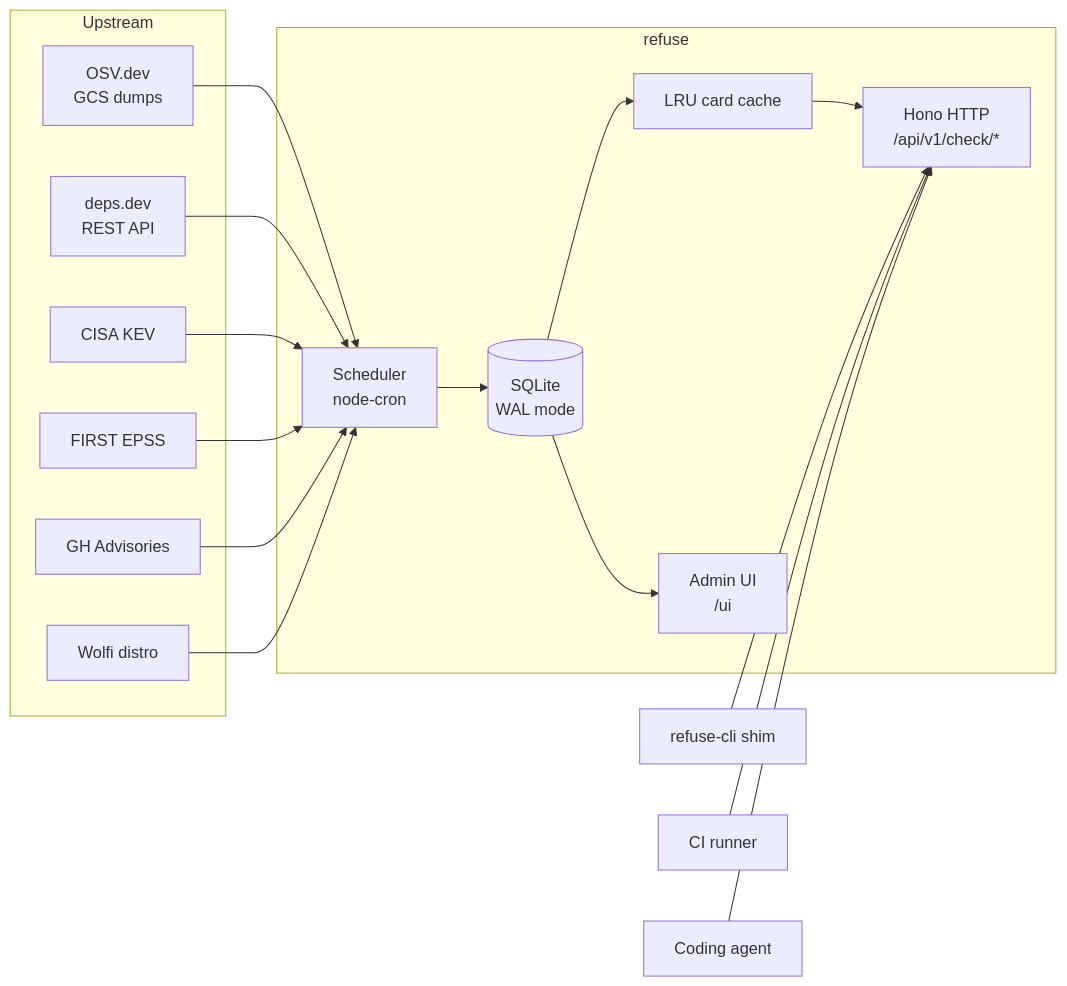
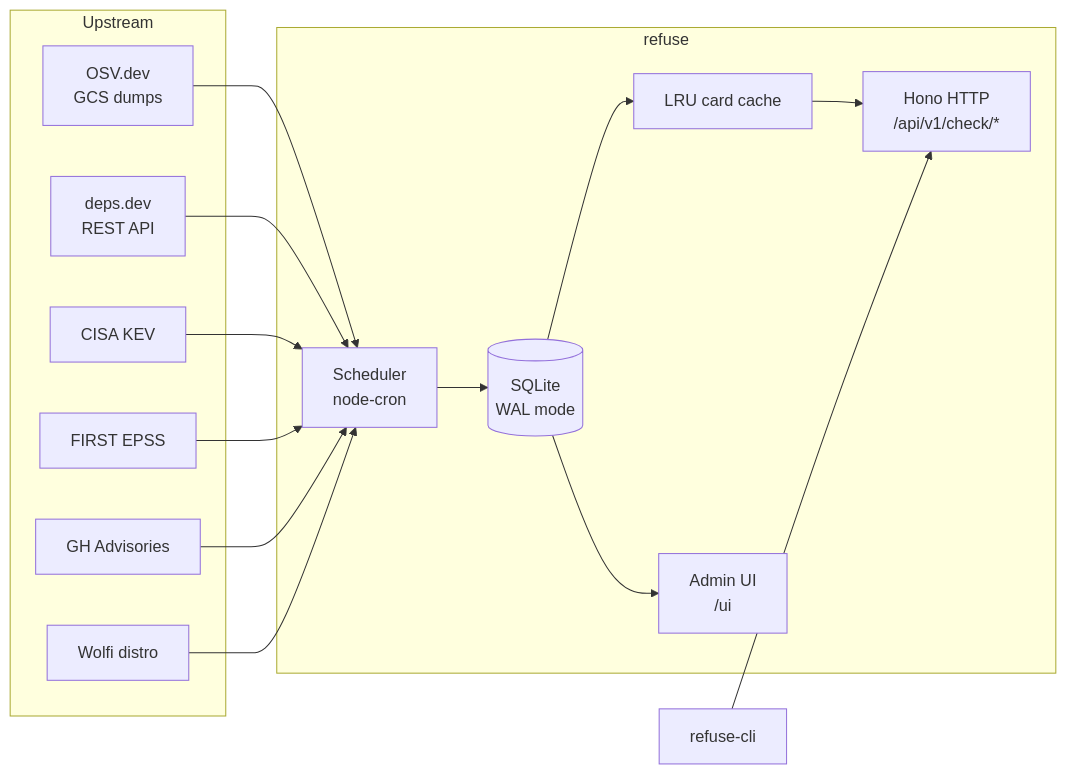
Before and after one commit to RefuseHQ/refuse: the diagram in ARCHITECTURE.md, drawn with Mermaid. The commit also changed other lines of this file and 3 other files, not shown here.

First line of the commit message:
docs: refresh ARCHITECTURE/CONTRIBUTING/ROADMAP, remove DIVERGENCE.md (#42)

````diff
--- a/ARCHITECTURE.md
+++ b/ARCHITECTURE.md
@@ -7,33 +7,31 @@
 ```mermaid
 flowchart LR
     subgraph Upstream
       OSV[OSV.dev<br/>GCS dumps]
       DD[deps.dev<br/>REST API]
       KEV[CISA KEV]
       EPSS[FIRST EPSS]
       GHSA[GH Advisories]
       WOLFI[Wolfi distro]
     end
 
     subgraph refuse
       ING[Scheduler<br/>node-cron]
       DB[(SQLite<br/>WAL mode)]
       API[Hono HTTP<br/>/api/v1/check/*]
       CACHE[LRU card cache]
       UI[Admin UI<br/>/ui]
     end
 
     OSV --> ING
     DD --> ING
     KEV --> ING
     EPSS --> ING
     GHSA --> ING
     WOLFI --> ING
     ING --> DB
     DB --> CACHE --> API
     DB --> UI
 
-    CLI[refuse-cli shim] --> API
-    CI[CI runner] --> API
-    AGENT[Coding agent] --> API
+    CLI[refuse-cli] --> API
 ```
````
